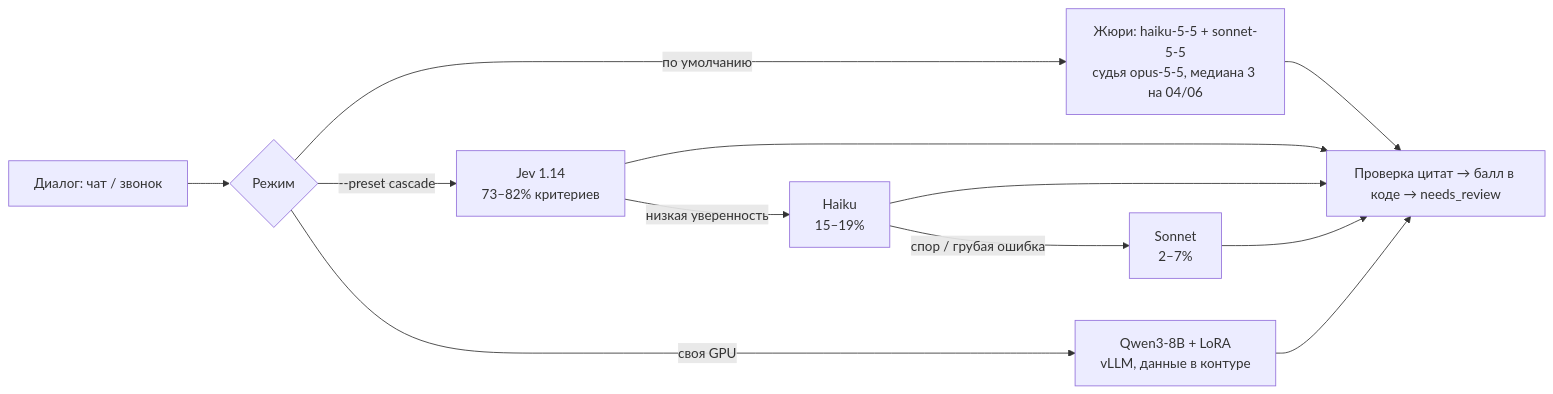
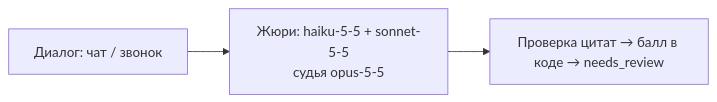
One commit to useing123/d00mathon changed the first of 3 diagrams in README.md. Above: the diagram before and after it, drawn with Mermaid. The commit also changed other lines of this file and 7 other files, not shown here.

````diff
--- a/README.md
+++ b/README.md
@@ -15,14 +17,5 @@
 ```mermaid
 flowchart LR
-    D[Диалог: чат / звонок] --> M{Режим}
-    M -->|по умолчанию| J["Жюри: haiku-5-5 + sonnet-5-5<br/>судья opus-5-5, медиана 3 на 04/06"]
-    M -->|--preset cascade| C1["Jev 1.14<br/>73–82% критериев"]
-    C1 -->|низкая уверенность| C2["Haiku<br/>15–19%"]
-    C2 -->|спор / грубая ошибка| C3["Sonnet<br/>2–7%"]
-    M -->|своя GPU| L["Qwen3-8B + LoRA<br/>vLLM, данные в контуре"]
+    D[Диалог: чат / звонок] --> J["Жюри: haiku-5-5 + sonnet-5-5<br/>судья opus-5-5"]
     J --> V[Проверка цитат → балл в коде → needs_review]
-    C1 --> V
-    C2 --> V
-    C3 --> V
-    L --> V
 ```
````
